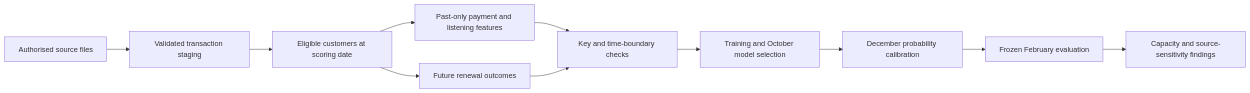
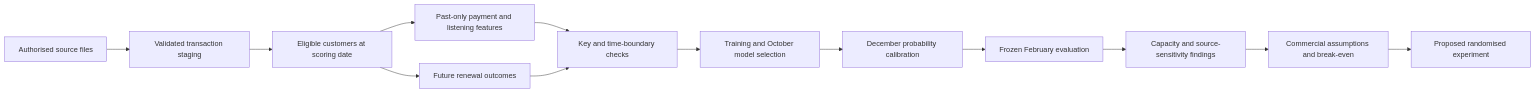
The diagram in reports/progress.md (Jeks042/subscription-churn-retention), drawn with Mermaid before and after one commit. The commit also changed other lines of this file and 20 other files, not shown here.

Commit message:
Complete milestone 4 with commercial scenarios, break-even and experiment design

````diff
--- a/reports/progress.md
+++ b/reports/progress.md
@@ -11,13 +11,15 @@
 ```mermaid
 flowchart LR
   A[Authorised source files] --> B[Validated transaction staging]
   B --> C[Eligible customers at scoring date]
   C --> D[Past-only payment and listening features]
   C --> E[Future renewal outcomes]
   D --> F[Key and time-boundary checks]
   E --> F
   F --> G[Training and October model selection]
   G --> H[December probability calibration]
   H --> I[Frozen February evaluation]
   I --> J[Capacity and source-sensitivity findings]
+  J --> K[Commercial assumptions and break-even]
+  K --> L[Proposed randomised experiment]
 ```
````
